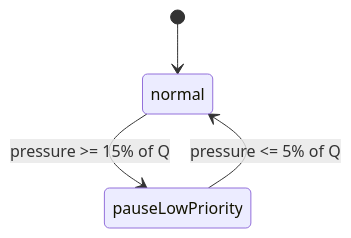
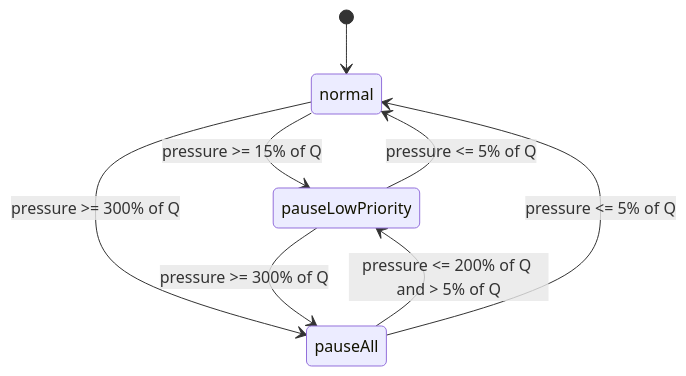
The second of 2 diagrams in docs/design/2026-08-12-ticdc-log-puller-memory-quota.md (pingcap/ticdc), drawn with Mermaid before and after one commit. The commit also changed other lines of this file and 2 other files, not shown here.

First line of the commit message:
logpuller: pause all new region scans at upper admission threshold (#6329)

````diff
--- a/docs/design/2026-08-12-ticdc-log-puller-memory-quota.md
+++ b/docs/design/2026-08-12-ticdc-log-puller-memory-quota.md
@@ -261,6 +266,10 @@
 ```mermaid
 stateDiagram-v2
     [*] --> normal
     normal --> pauseLowPriority: pressure >= 15% of Q
     pauseLowPriority --> normal: pressure <= 5% of Q
+    normal --> pauseAll: pressure >= 300% of Q
+    pauseLowPriority --> pauseAll: pressure >= 300% of Q
+    pauseAll --> pauseLowPriority: pressure <= 200% of Q and > 5% of Q
+    pauseAll --> normal: pressure <= 5% of Q
 ```
````
